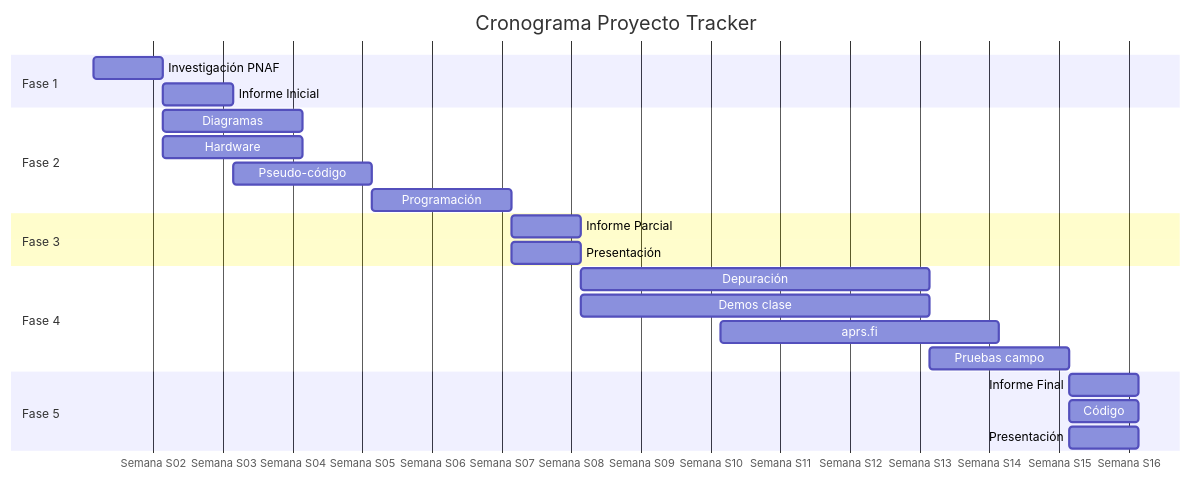
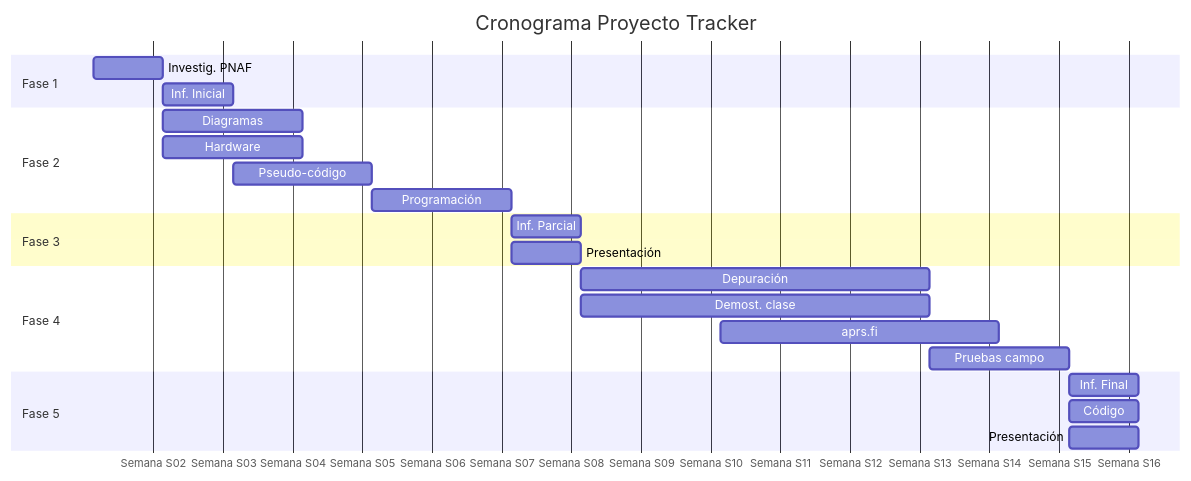
The diagram in docs/investigación/diagrama-gantt.md (SnowRainicorn/Taller-Integrador), drawn with Mermaid before and after one commit.

````diff
--- a/docs/investigación/diagrama-gantt.md
+++ b/docs/investigación/diagrama-gantt.md
@@ -1,31 +1,31 @@
 ```mermaid
 gantt
     title Cronograma Proyecto Tracker
     dateFormat  YYYY-MM-DD
     axisFormat  Semana S%W
     
     section Fase 1
-    Investigación PNAF :2024-01-08, 7d
-    Informe Inicial :2024-01-15, 7d
+    Investig. PNAF :2024-01-08, 7d
+    Inf. Inicial :2024-01-15, 7d
     
     section Fase 2
     Diagramas :2024-01-15, 14d
     Hardware :2024-01-15, 14d
     Pseudo-código :2024-01-22, 14d
     Programación :2024-02-05, 14d
     
     section Fase 3
-    Informe Parcial :2024-02-19, 7d
+    Inf. Parcial :2024-02-19, 7d
     Presentación :2024-02-19, 7d
     
     section Fase 4
     Depuración :2024-02-26, 35d
-    Demos clase :2024-02-26, 35d
+    Demost. clase :2024-02-26, 35d
     aprs.fi :2024-03-11, 28d
     Pruebas campo :2024-04-01, 14d
     
     section Fase 5
-    Informe Final :2024-04-15, 7d
+    Inf. Final :2024-04-15, 7d
     Código :2024-04-15, 7d
     Presentación :2024-04-15, 7d
 ```
````
